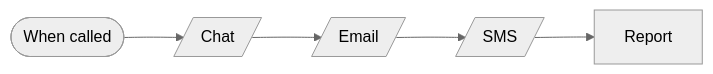
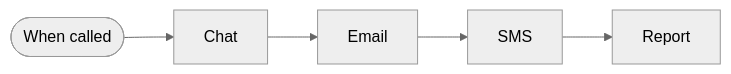
One commit to kimjoshuadr/n8n-workflows changed the second of 3 diagrams in blocks/notify/README.md. Above: the diagram before and after it, drawn with Mermaid (neutral theme). The commit also changed other lines of this file and 184 other files, not shown here.

Commit message:
Finish the move to named platforms: blocks, BambooHR, generated README, schema and platform marks

````diff
--- a/blocks/notify/README.md
+++ b/blocks/notify/README.md
@@ -40,12 +36,12 @@
 ```mermaid
 flowchart LR
   nxyuboc(["When called"])
-  n53jsv[/"Chat"/]
-  n4f8tsl[/"Email"/]
-  n68cy[/"SMS"/]
+  n53jsv["Chat"]
+  n4f8tsl["Email"]
+  n68cy["SMS"]
   n13tziz["Report"]
   nxyuboc --> n53jsv
   n53jsv --> n4f8tsl
   n4f8tsl --> n68cy
   n68cy --> n13tziz
 ```
````
